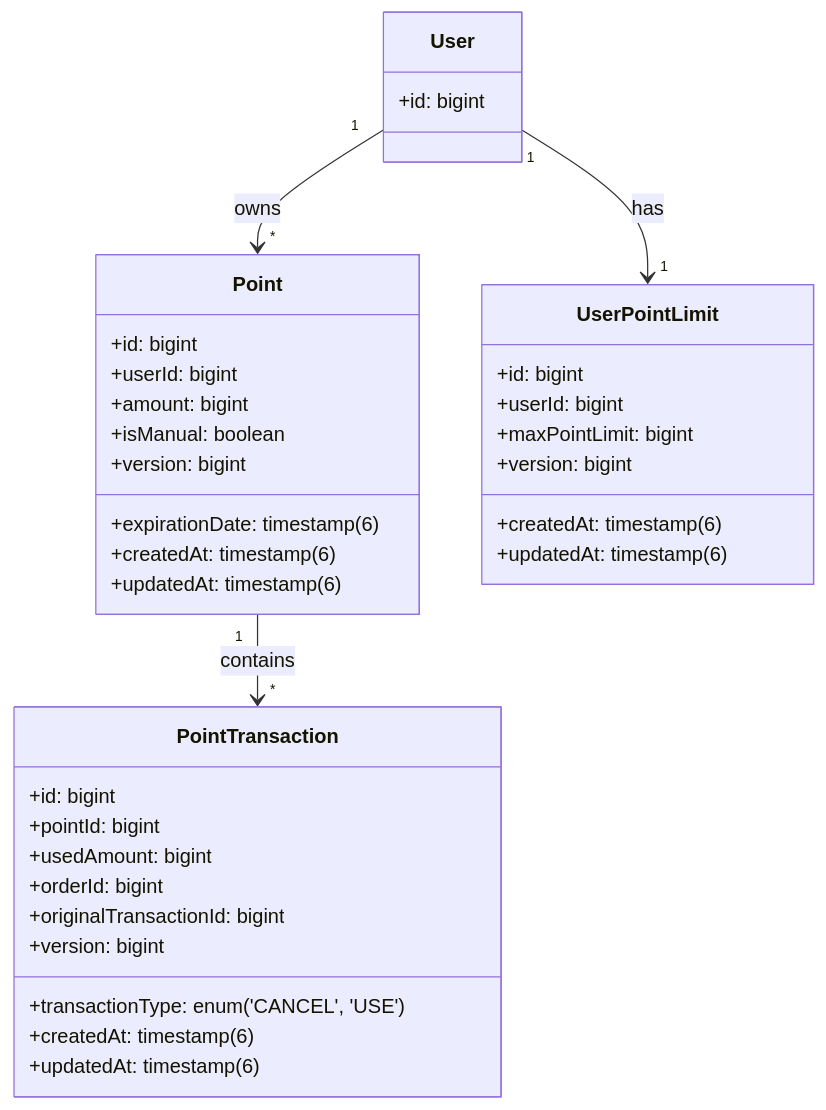
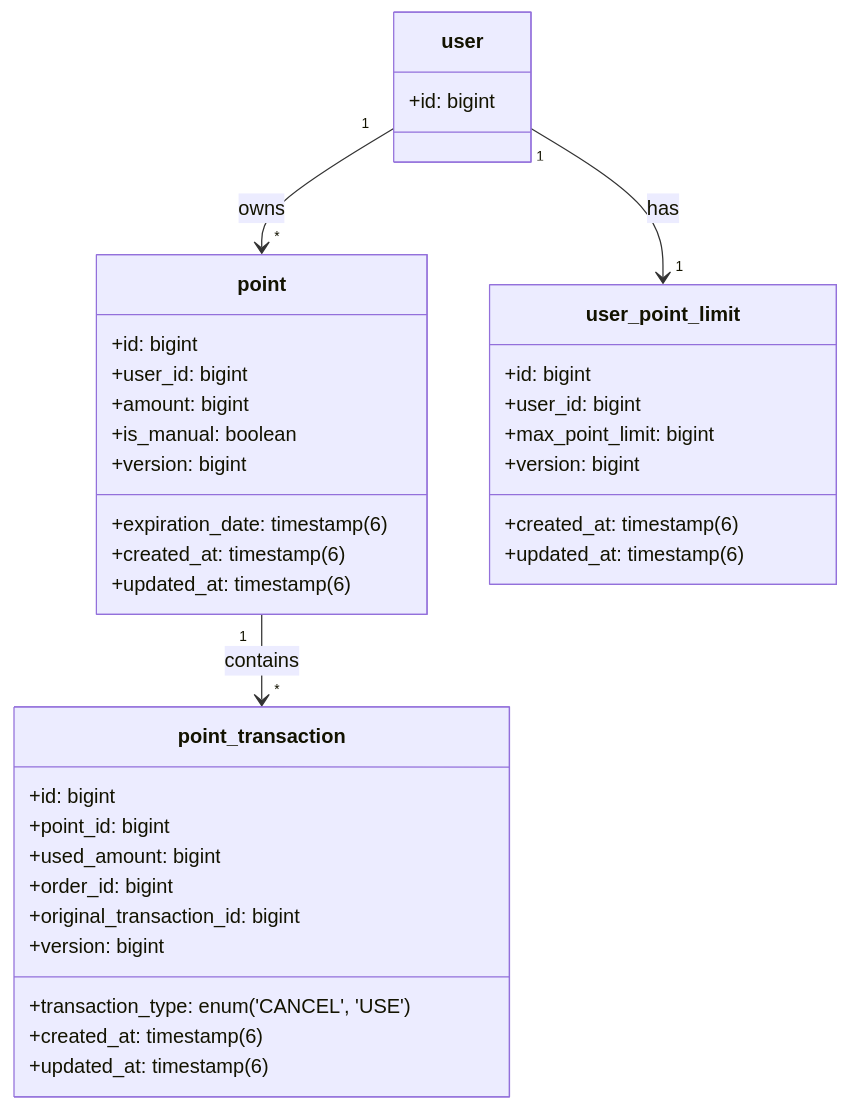
Before and after one commit to CHOYUNSIK/point-system: the diagram in README.md, drawn with Mermaid. The commit also changed 1 other file, not shown here.

Commit message:
docs: README 및 ERD 다이어그램 추가

````diff
--- a/README.md
+++ b/README.md
@@ -95,42 +95,42 @@
 ```mermaid
 classDiagram
-  class User {
-    +id: bigint
-  }
+    class User["user"] {
+        +id: bigint
+    }
 
-  class Point {
-    +id: bigint
-    +userId: bigint
-    +amount: bigint
-    +isManual: boolean
-    +expirationDate: timestamp(6)
-    +version: bigint
-    +createdAt: timestamp(6)
-    +updatedAt: timestamp(6)
-  }
+    class Point["point"] {
+        +id: bigint
+        +user_id: bigint
+        +amount: bigint
+        +is_manual: boolean
+        +expiration_date: timestamp(6)
+        +version: bigint
+        +created_at: timestamp(6)
+        +updated_at: timestamp(6)
+    }
 
-  class PointTransaction {
-    +id: bigint
-    +pointId: bigint
-    +usedAmount: bigint
-    +orderId: bigint
-    +transactionType: enum('CANCEL', 'USE')
-    +originalTransactionId: bigint
-    +version: bigint
-    +createdAt: timestamp(6)
-    +updatedAt: timestamp(6)
-  }
+    class PointTransaction["point_transaction"] {
+        +id: bigint
+        +point_id: bigint
+        +used_amount: bigint
+        +order_id: bigint
+        +transaction_type: enum('CANCEL', 'USE')
+        +original_transaction_id: bigint
+        +version: bigint
+        +created_at: timestamp(6)
+        +updated_at: timestamp(6)
+    }
 
-  class UserPointLimit {
-    +id: bigint
-    +userId: bigint
-    +maxPointLimit: bigint
-    +version: bigint
-    +createdAt: timestamp(6)
-    +updatedAt: timestamp(6)
-  }
+    class UserPointLimit["user_point_limit"] {
+        +id: bigint
+        +user_id: bigint
+        +max_point_limit: bigint
+        +version: bigint
+        +created_at: timestamp(6)
+        +updated_at: timestamp(6)
+    }
 
-  User "1" --> "*" Point : owns
-  User "1" --> "1" UserPointLimit : has
-  Point "1" --> "*" PointTransaction : contains
+    User "1" --> "*" Point : owns
+    User "1" --> "1" UserPointLimit : has
+    Point "1" --> "*" PointTransaction : contains
 ```
````
